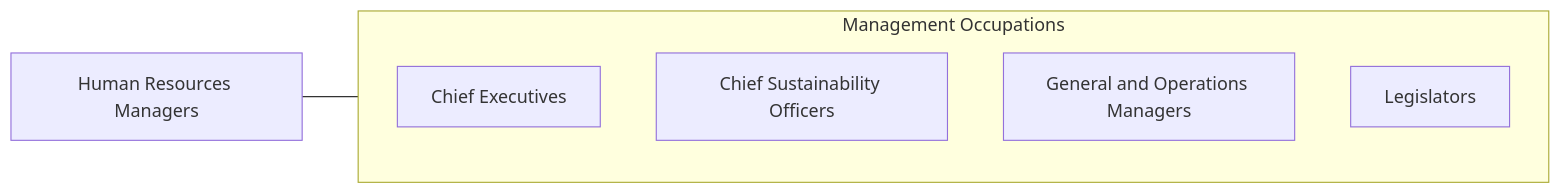
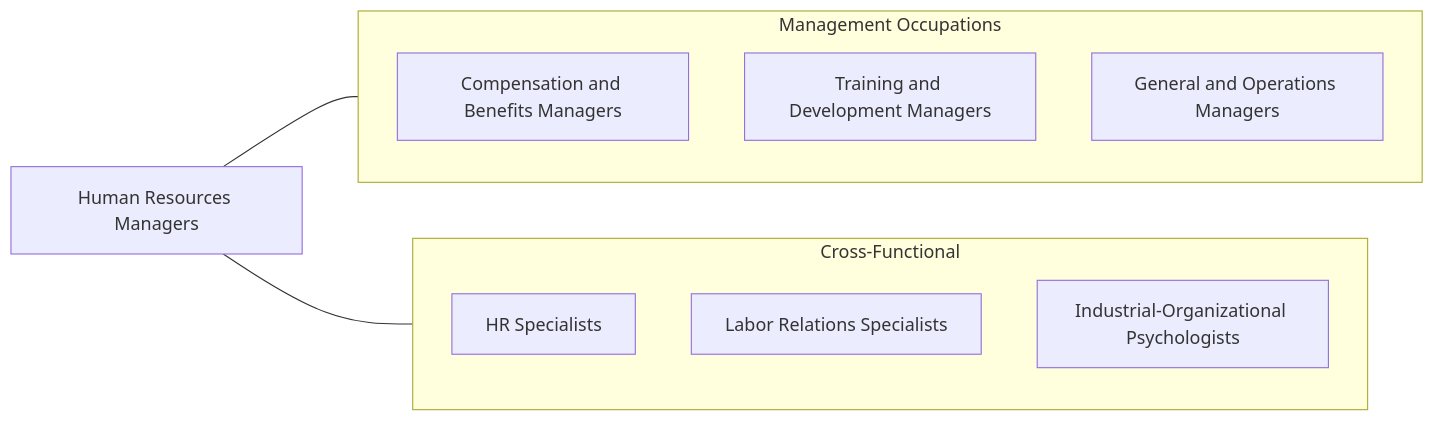
Before and after one commit to kziemski/business.org.ai: the fourth of 4 diagrams in occupations/Management/HumanResourcesManagers.mdx, drawn with Mermaid. The commit also changed other lines of this file and 938 other files, not shown here.

````diff
--- a/occupations/Management/HumanResourcesManagers.mdx
+++ b/occupations/Management/HumanResourcesManagers.mdx
@@ -112,13 +165,19 @@
 ```mermaid
 graph LR
-    Current["Human Resources Managers"]
+    HR["Human Resources Managers"]
 
     subgraph SameCategory["Management Occupations"]
-        ChiefExecutives["Chief Executives"]
-        ChiefSustainabilityO["Chief Sustainability Officers"]
-        GeneralAndOperations["General and Operations Managers"]
-        Legislators["Legislators"]
+        CB["Compensation and Benefits Managers"]
+        TD["Training and Development Managers"]
+        GOps["General and Operations Managers"]
     end
 
-    Current --- SameCategory
+    subgraph CrossFunctional["Cross-Functional"]
+        HRS["HR Specialists"]
+        LR["Labor Relations Specialists"]
+        OD["Industrial-Organizational Psychologists"]
+    end
+
+    HR --- SameCategory
+    HR --- CrossFunctional
 ```
````
